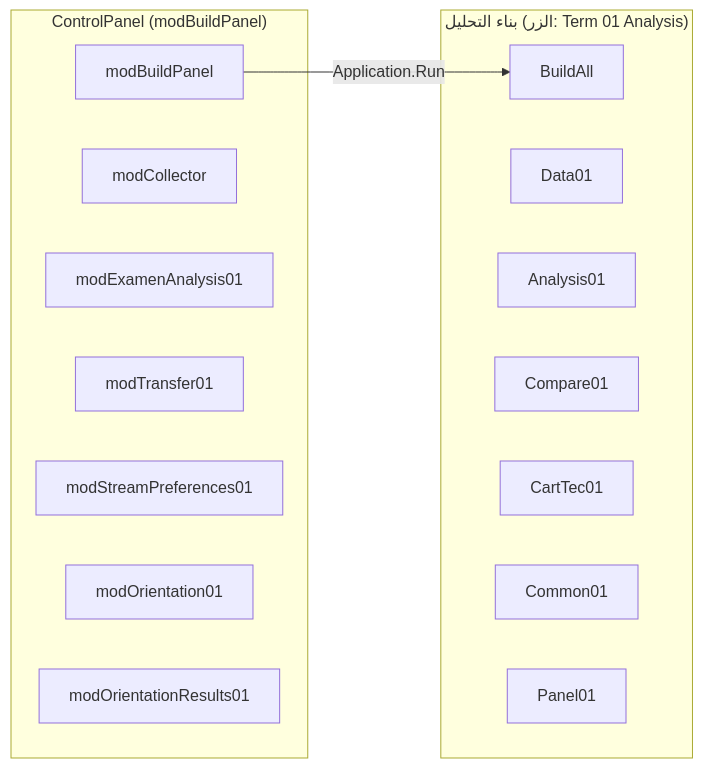
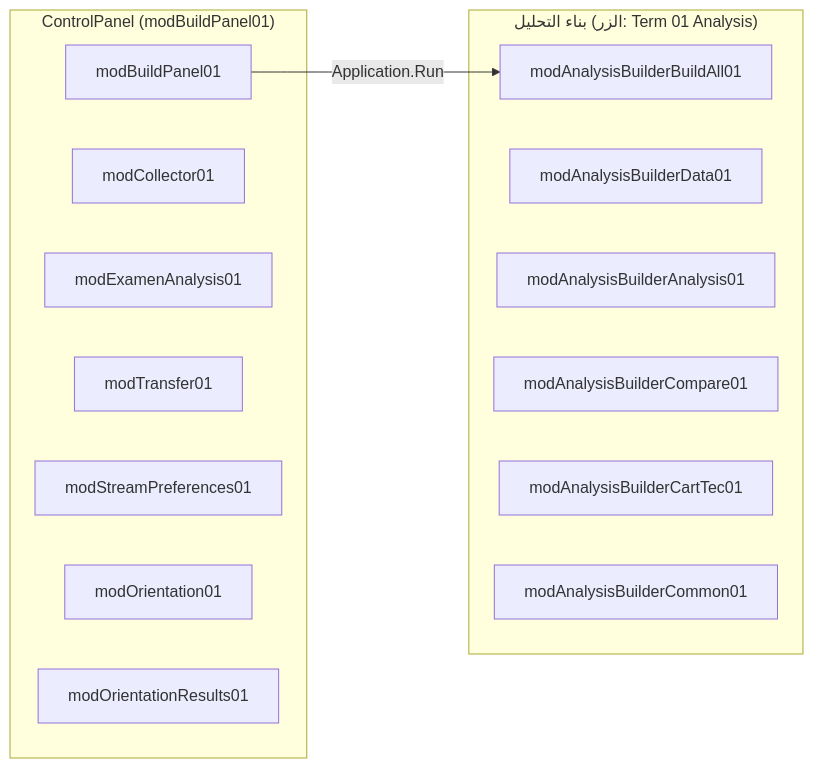
One commit to SprstarSource/results-analysis-term-01 changed the first of 5 diagrams in ARCHITECTURE_ar.md. Above: the diagram before and after it, drawn with Mermaid. The commit also changed other lines of this file and 13 other files, not shown here.

````diff
--- a/ARCHITECTURE_ar.md
+++ b/ARCHITECTURE_ar.md
@@ -42,22 +42,21 @@
 ```mermaid
 flowchart LR
-  subgraph T1["ControlPanel (modBuildPanel)"]
-    BP[modBuildPanel]
-    CO[modCollector]
+  subgraph T1["ControlPanel (modBuildPanel01)"]
+    BP[modBuildPanel01]
+    CO[modCollector01]
     EX[modExamenAnalysis01]
     TR[modTransfer01]
     SP[modStreamPreferences01]
     OR[modOrientation01]
     OX[modOrientationResults01]
   end
   subgraph T2["بناء التحليل (الزر: Term 01 Analysis)"]
-    BA[BuildAll]
-    DA[Data01]
-    AN[Analysis01]
-    CP[Compare01]
-    CT[CartTec01]
-    CM[Common01]
-    PN[Panel01]
+    BA[modAnalysisBuilderBuildAll01]
+    DA[modAnalysisBuilderData01]
+    AN[modAnalysisBuilderAnalysis01]
+    CP[modAnalysisBuilderCompare01]
+    CT[modAnalysisBuilderCartTec01]
+    CM[modAnalysisBuilderCommon01]
   end
   BP -->|Application.Run| BA
 ```
````
